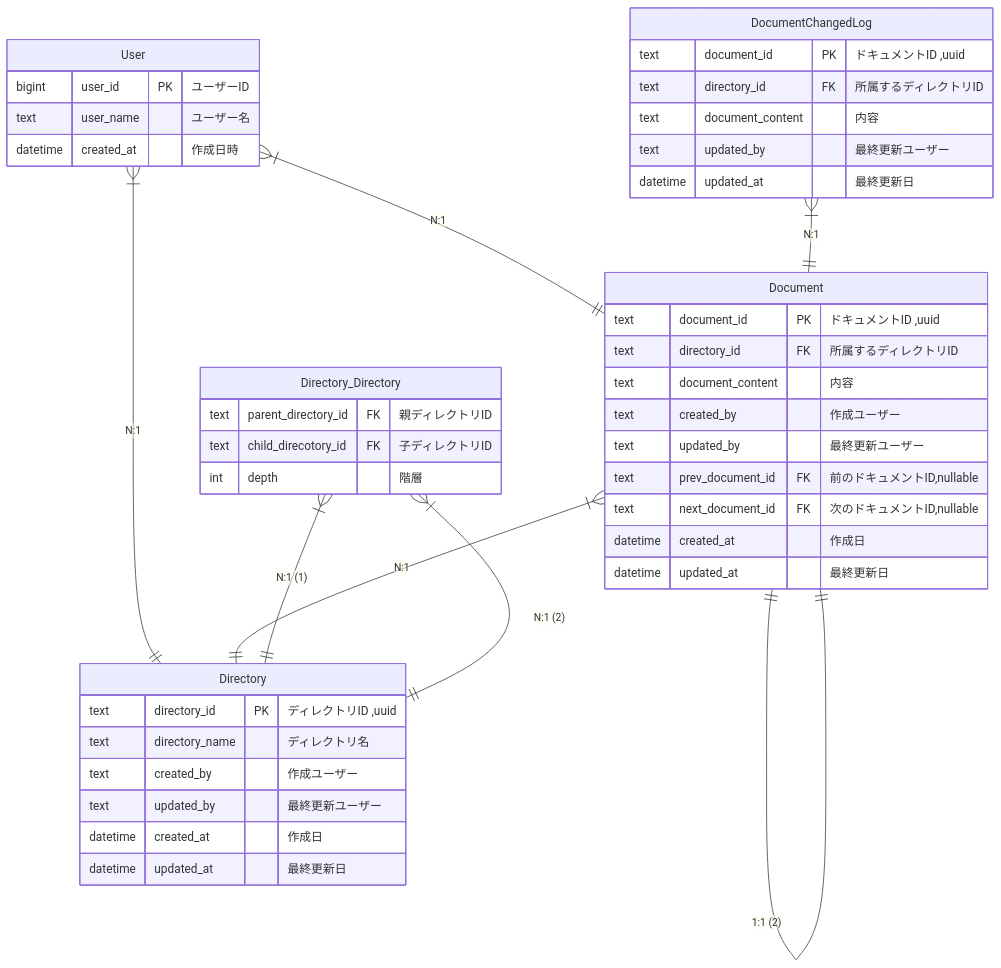
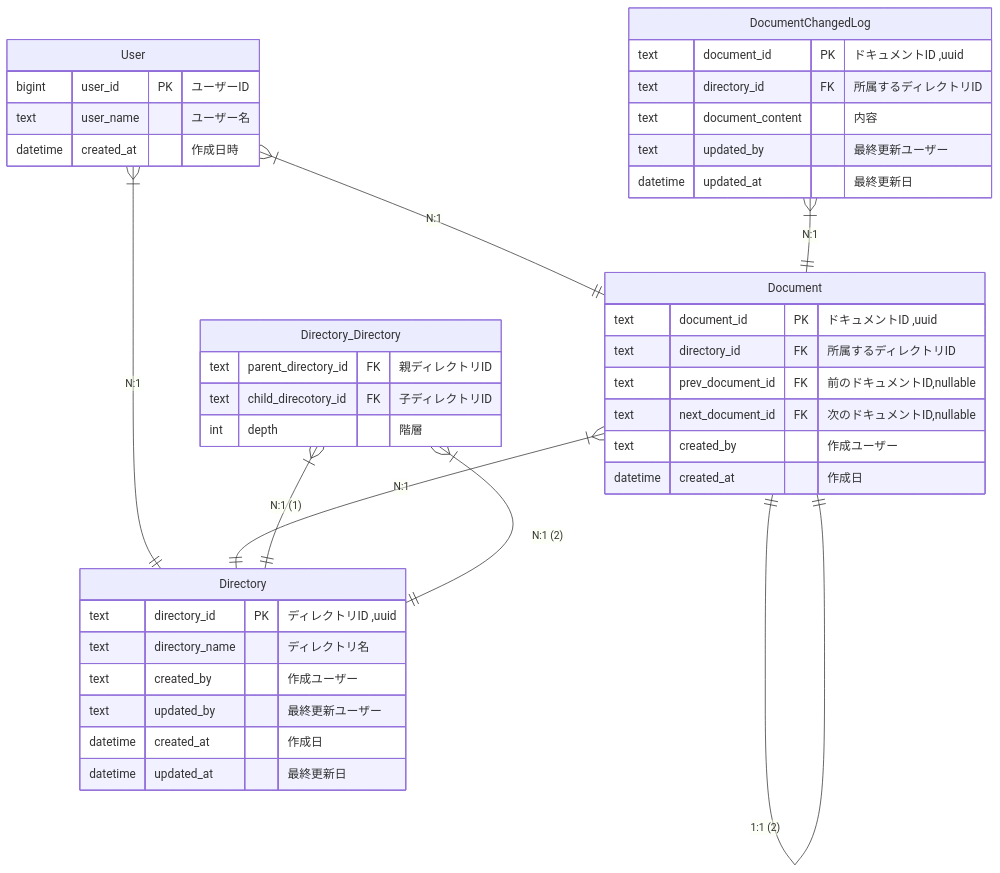
One commit to junseinagao/praha-challenge changed the second of 2 diagrams in データベース設計/DBモデリング3/README.md. Above: the diagram before and after it, drawn with Mermaid. The commit also changed other lines of this file, not shown here.

````diff
--- a/データベース設計/DBモデリング3/README.md
+++ b/データベース設計/DBモデリング3/README.md
@@ -83,57 +98,55 @@
 ```mermaid
 erDiagram
 User {
   bigint user_id PK "ユーザーID"
   text user_name "ユーザー名"
   datetime created_at "作成日時"
 }
 
 User }|--|| Document : "N:1"
 User }|--|| Directory : "N:1"
 
 Document {
   text document_id PK "ドキュメントID ,uuid"
   text directory_id FK "所属するディレクトリID"
-  text document_content "内容"
-  text created_by "作成ユーザー"
-  text updated_by "最終更新ユーザー"
   text prev_document_id FK "前のドキュメントID,nullable"
   text next_document_id FK "次のドキュメントID,nullable"
+  text created_by "作成ユーザー"
   datetime created_at "作成日"
-  datetime updated_at "最終更新日"
+
 }
 
 DocumentChangedLog {
   text document_id PK "ドキュメントID ,uuid"
   text directory_id FK "所属するディレクトリID"
   text document_content "内容"
   text updated_by "最終更新ユーザー"
   datetime updated_at "最終更新日"
 }
 
 DocumentChangedLog }|--|| Document : "N:1"
 
 Document ||--|| Document : "1:1 (1)"
 Document ||--|| Document : "1:1 (2)"
 
 Document }|--|| Directory : "N:1"
 
 Directory {
   text directory_id PK "ディレクトリID ,uuid"
   text directory_name "ディレクトリ名"
   text created_by "作成ユーザー"
   text updated_by "最終更新ユーザー"
   datetime created_at "作成日"
   datetime updated_at "最終更新日"
 }
 
 Directory_Directory {
   text parent_directory_id FK "親ディレクトリID"
   text child_direcotory_id FK "子ディレクトリID"
   int depth "階層"
 }
 
 Directory_Directory }|--|| Directory : "N:1 (1)"
 Directory_Directory }|--|| Directory : "N:1 (2)"
 
 ```
````
